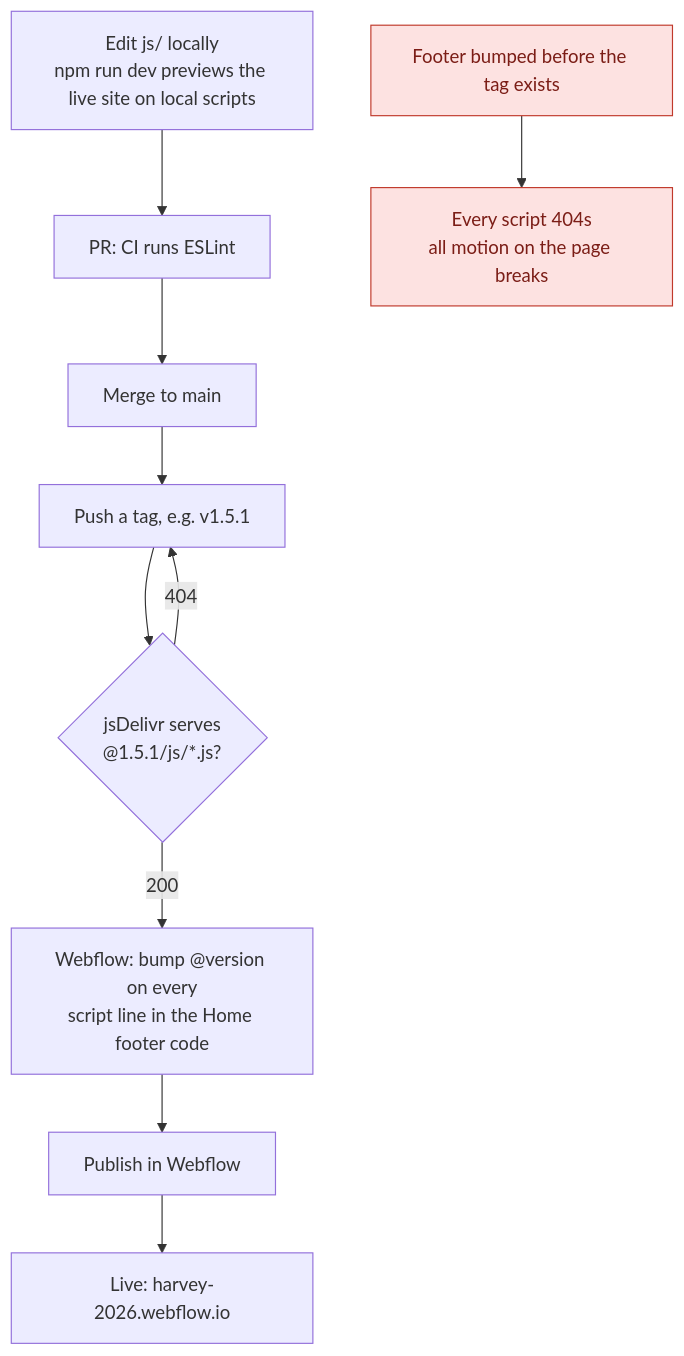
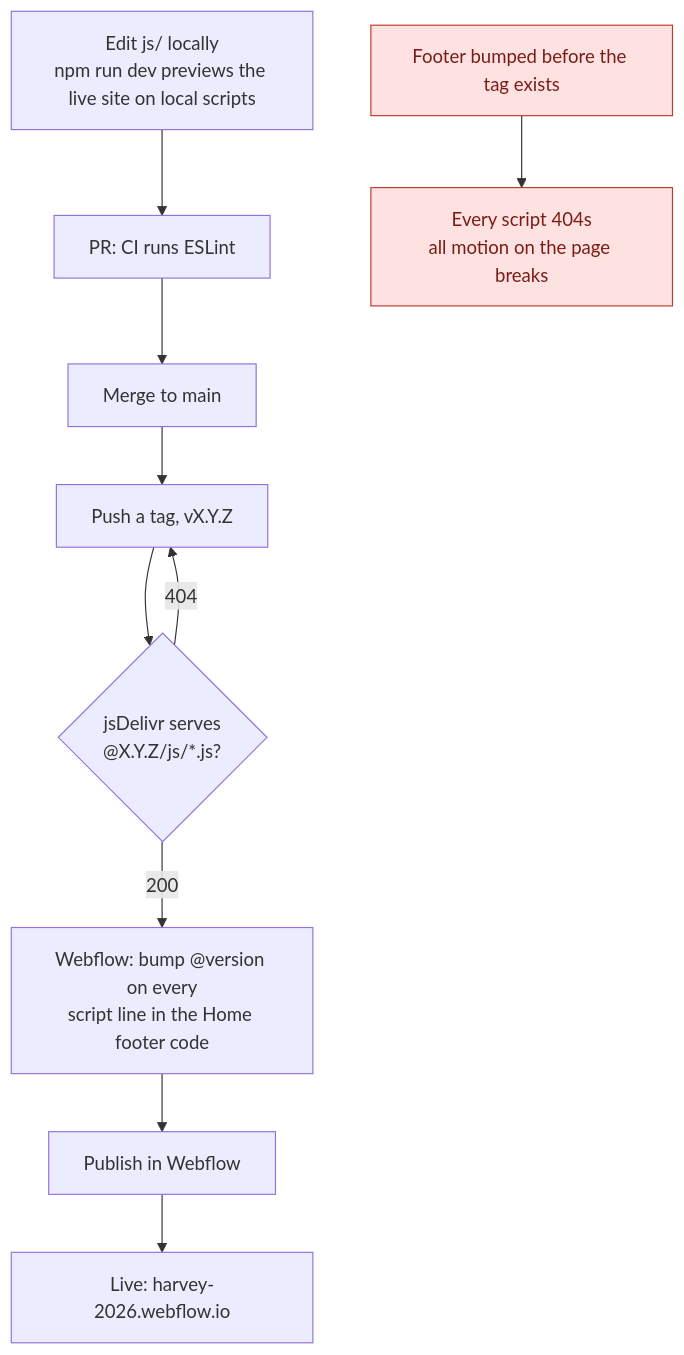
The third of 4 diagrams in docs/ARCHITECTURE.md (Harvey-AU/harvey-website-2026), drawn with Mermaid before and after one commit. The commit also changed other lines of this file and 16 other files, not shown here.

````diff
--- a/docs/ARCHITECTURE.md
+++ b/docs/ARCHITECTURE.md
@@ -85,14 +85,14 @@
 ```mermaid
 flowchart TD
   A["Edit js/ locally<br/>npm run dev previews the live site on local scripts"] --> B["PR: CI runs ESLint"]
   B --> C["Merge to main"]
-  C --> D["Push a tag, e.g. v1.5.1"]
-  D --> E{"jsDelivr serves<br/>@1.5.1/js/*.js?"}
+  C --> D["Push a tag, vX.Y.Z"]
+  D --> E{"jsDelivr serves<br/>@X.Y.Z/js/*.js?"}
   E -- "200" --> F["Webflow: bump @version on every<br/>script line in the Home footer code"]
   E -- "404" --> D
   F --> G["Publish in Webflow"]
   G --> H["Live: harvey-2026.webflow.io"]
 
   X["Footer bumped before the tag exists"]:::bad --> Y["Every script 404s<br/>all motion on the page breaks"]:::bad
   classDef bad fill:#fde2e1,stroke:#c0392b,color:#7b1d16
 ```
````
